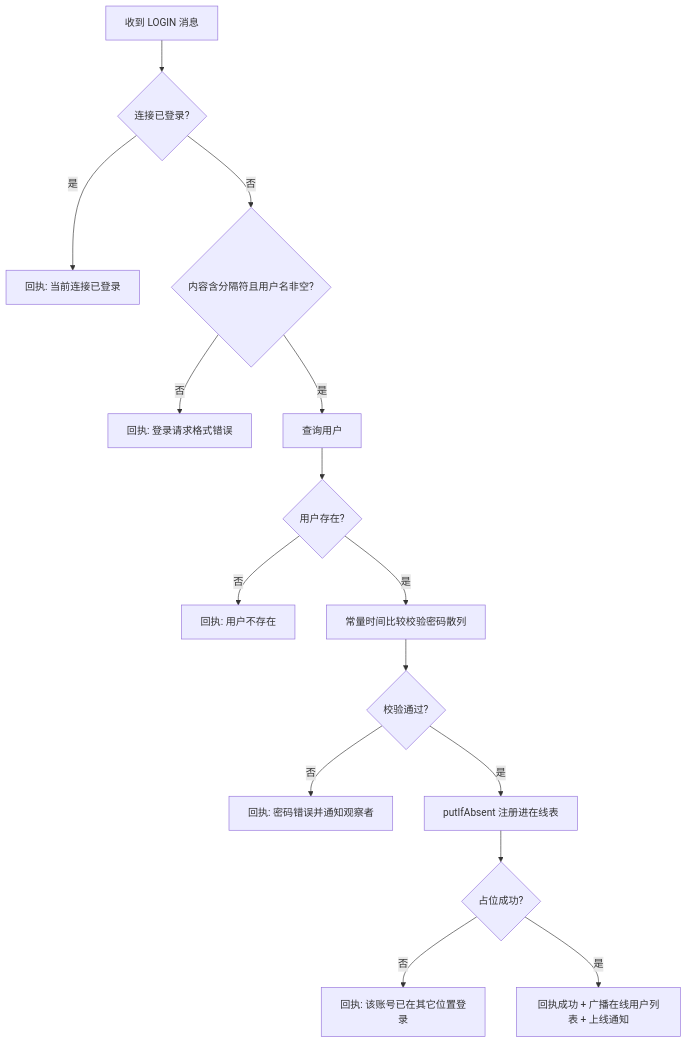
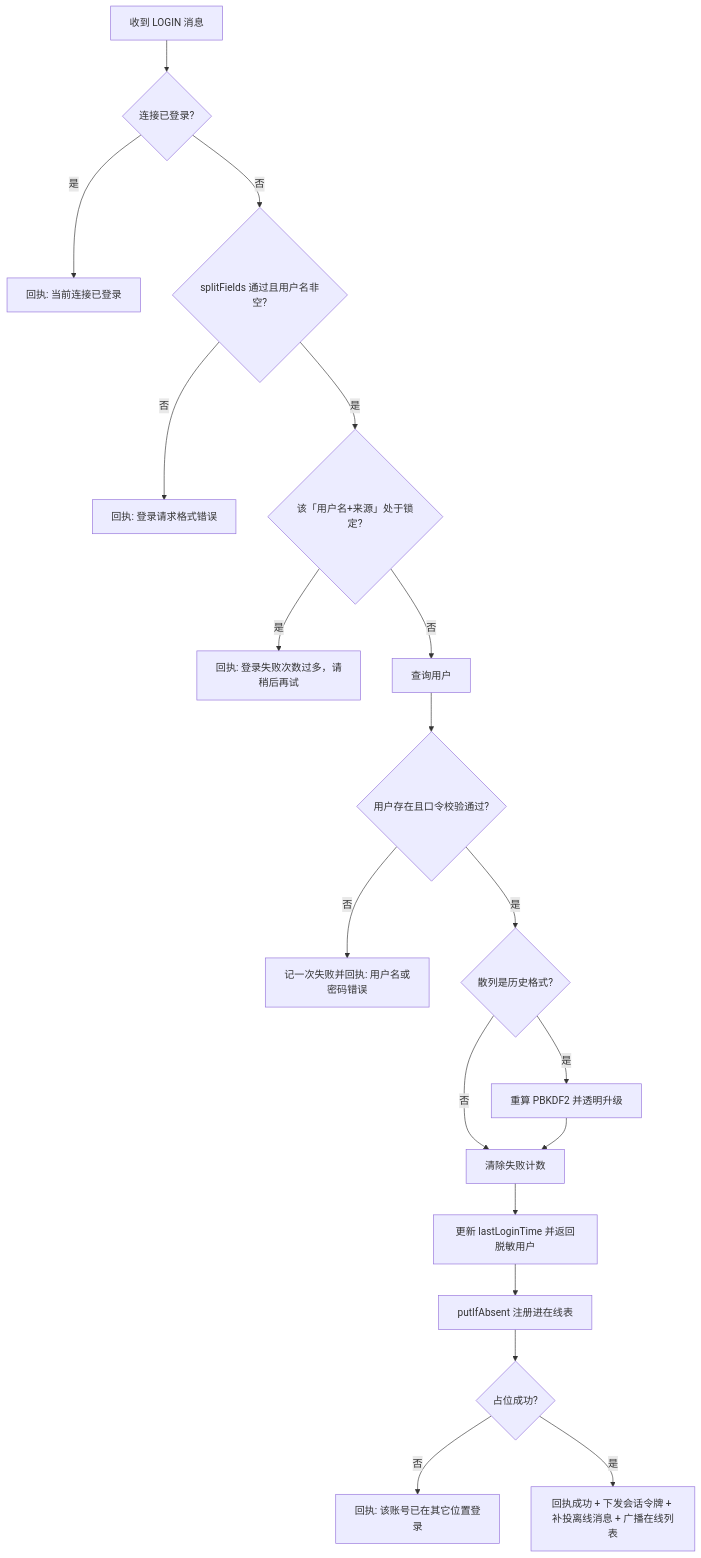
One commit to FeiTwnd/lanchat changed the fourth of 11 diagrams in docs/design/04-实现说明.md. Above: the diagram before and after it, drawn with Mermaid. The commit also changed other lines of this file and 9 other files, not shown here.

````diff
--- a/docs/design/04-实现说明.md
+++ b/docs/design/04-实现说明.md
@@ -556,17 +661,21 @@
 ```mermaid
 flowchart TD
     A["收到 LOGIN 消息"] --> B{"连接已登录?"}
     B -->|是| C["回执: 当前连接已登录"]
-    B -->|否| D{"内容含分隔符且用户名非空?"}
+    B -->|否| D{"splitFields 通过且用户名非空?"}
     D -->|否| E["回执: 登录请求格式错误"]
-    D -->|是| F["查询用户"]
-    F --> G{"用户存在?"}
-    G -->|否| H["回执: 用户不存在"]
-    G -->|是| I["常量时间比较校验密码散列"]
-    I --> J{"校验通过?"}
-    J -->|否| K["回执: 密码错误并通知观察者"]
-    J -->|是| L["putIfAbsent 注册进在线表"]
-    L --> M{"占位成功?"}
-    M -->|否| N["回执: 该账号已在其它位置登录"]
-    M -->|是| O["回执成功 + 广播在线用户列表 + 上线通知"]
+    D -->|是| F{"该「用户名+来源」处于锁定?"}
+    F -->|是| G["回执: 登录失败次数过多，请稍后再试"]
+    F -->|否| H["查询用户"]
+    H --> I{"用户存在且口令校验通过?"}
+    I -->|否| J["记一次失败并回执: 用户名或密码错误"]
+    I -->|是| K{"散列是历史格式?"}
+    K -->|是| L["重算 PBKDF2 并透明升级"]
+    K -->|否| M["清除失败计数"]
+    L --> M
+    M --> N["更新 lastLoginTime 并返回脱敏用户"]
+    N --> O["putIfAbsent 注册进在线表"]
+    O --> P{"占位成功?"}
+    P -->|否| Q["回执: 该账号已在其它位置登录"]
+    P -->|是| R["回执成功 + 下发会话令牌 + 补投离线消息 + 广播在线列表"]
 ```
````
